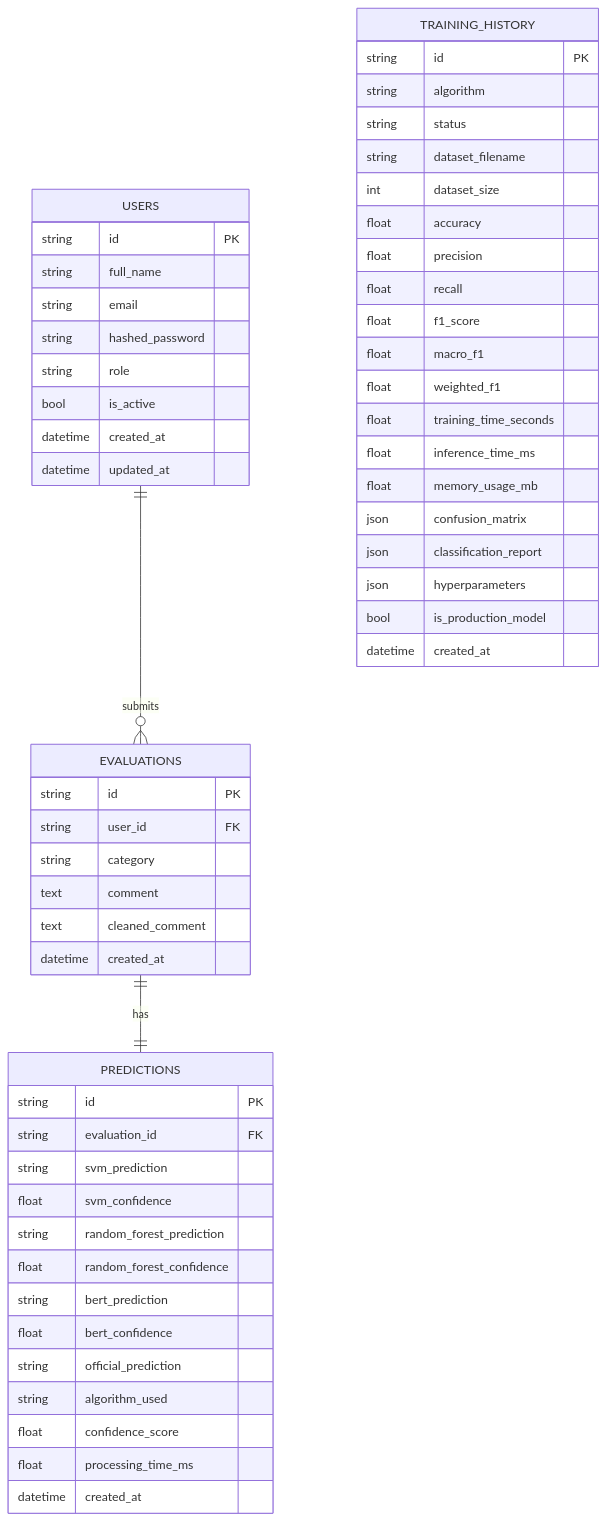
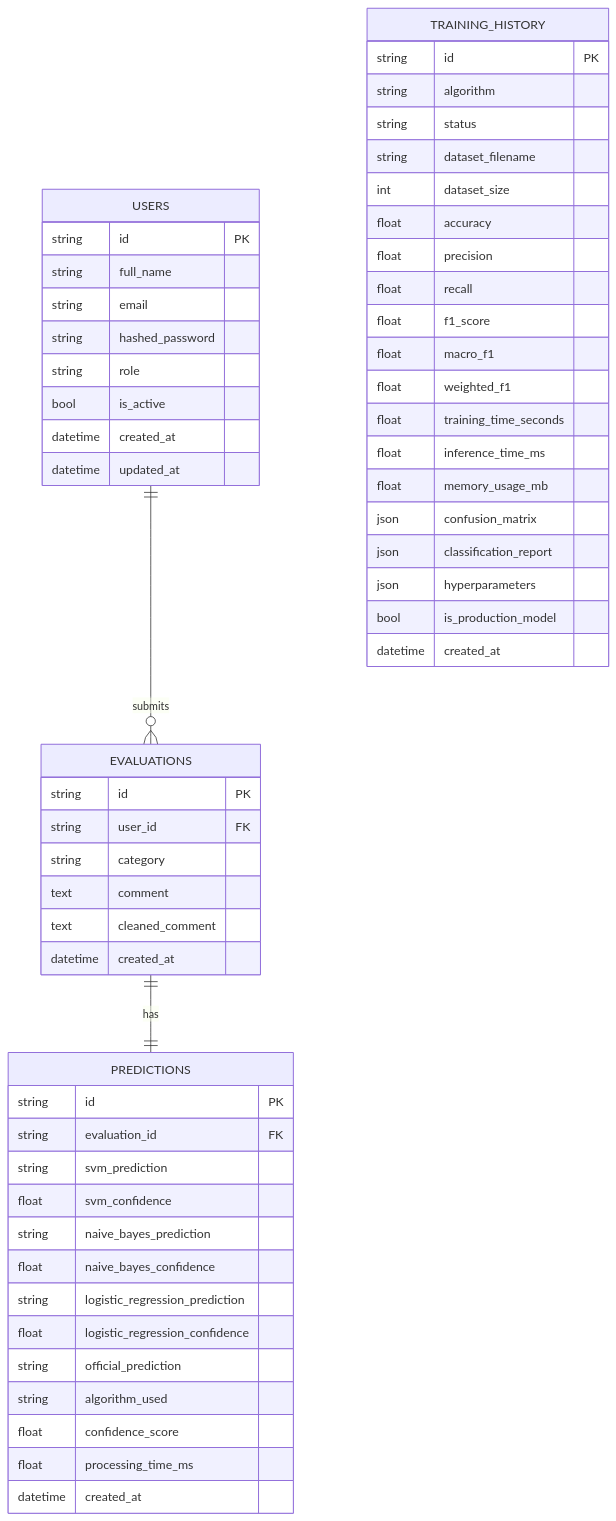
One commit to rowseiyyyy/Student-Sentiment-Analysis-System changed the first of 4 diagrams in backend/docs/DIAGRAMS.md. Above: the diagram before and after it, drawn with Mermaid. The commit also changed other lines of this file and 6 other files, not shown here.

````diff
--- a/backend/docs/DIAGRAMS.md
+++ b/backend/docs/DIAGRAMS.md
@@ -11,62 +11,62 @@
 ```mermaid
 erDiagram
     USERS ||--o{ EVALUATIONS : submits
     EVALUATIONS ||--|| PREDICTIONS : has
     TRAINING_HISTORY {
         string id PK
         string algorithm
         string status
         string dataset_filename
         int dataset_size
         float accuracy
         float precision
         float recall
         float f1_score
         float macro_f1
         float weighted_f1
         float training_time_seconds
         float inference_time_ms
         float memory_usage_mb
         json confusion_matrix
         json classification_report
         json hyperparameters
         bool is_production_model
         datetime created_at
     }
 
     USERS {
         string id PK
         string full_name
         string email
         string hashed_password
         string role
         bool is_active
         datetime created_at
         datetime updated_at
     }
 
     EVALUATIONS {
         string id PK
         string user_id FK
         string category
         text comment
         text cleaned_comment
         datetime created_at
     }
 
     PREDICTIONS {
         string id PK
         string evaluation_id FK
         string svm_prediction
         float svm_confidence
-        string random_forest_prediction
-        float random_forest_confidence
-        string bert_prediction
-        float bert_confidence
+        string naive_bayes_prediction
+        float naive_bayes_confidence
+        string logistic_regression_prediction
+        float logistic_regression_confidence
         string official_prediction
         string algorithm_used
         float confidence_score
         float processing_time_ms
         datetime created_at
     }
 ```
````
